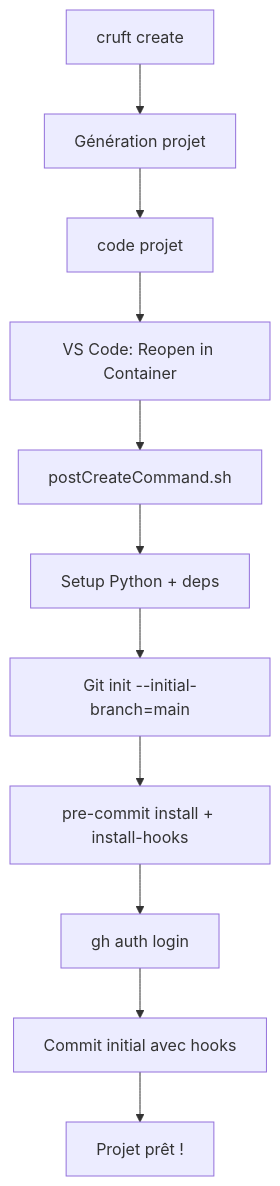
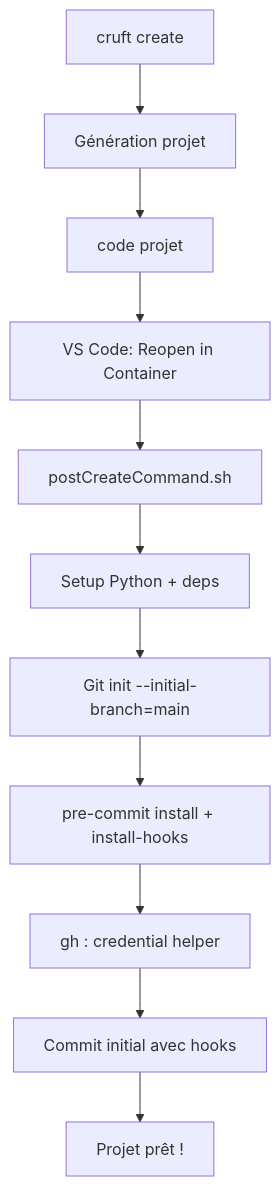
Before and after one commit to castorfou/PyFoundry: the diagram in docs/dev/qualite_code.md, drawn with Mermaid. The commit also changed other lines of this file and 8 other files, not shown here.

````diff
--- a/docs/dev/qualite_code.md
+++ b/docs/dev/qualite_code.md
@@ -27,13 +27,13 @@
 ```mermaid
 graph TD
     A[cruft create] --> B[Génération projet]
     B --> C[code projet]
     C --> D[VS Code: Reopen in Container]
     D --> E[postCreateCommand.sh]
     E --> F[Setup Python + deps]
     F --> G[Git init --initial-branch=main]
     G --> H[pre-commit install + install-hooks]
-    H --> I[gh auth login]
+    H --> I[gh : credential helper]
     I --> J[Commit initial avec hooks]
     J --> K[Projet prêt !]
 ```
````
